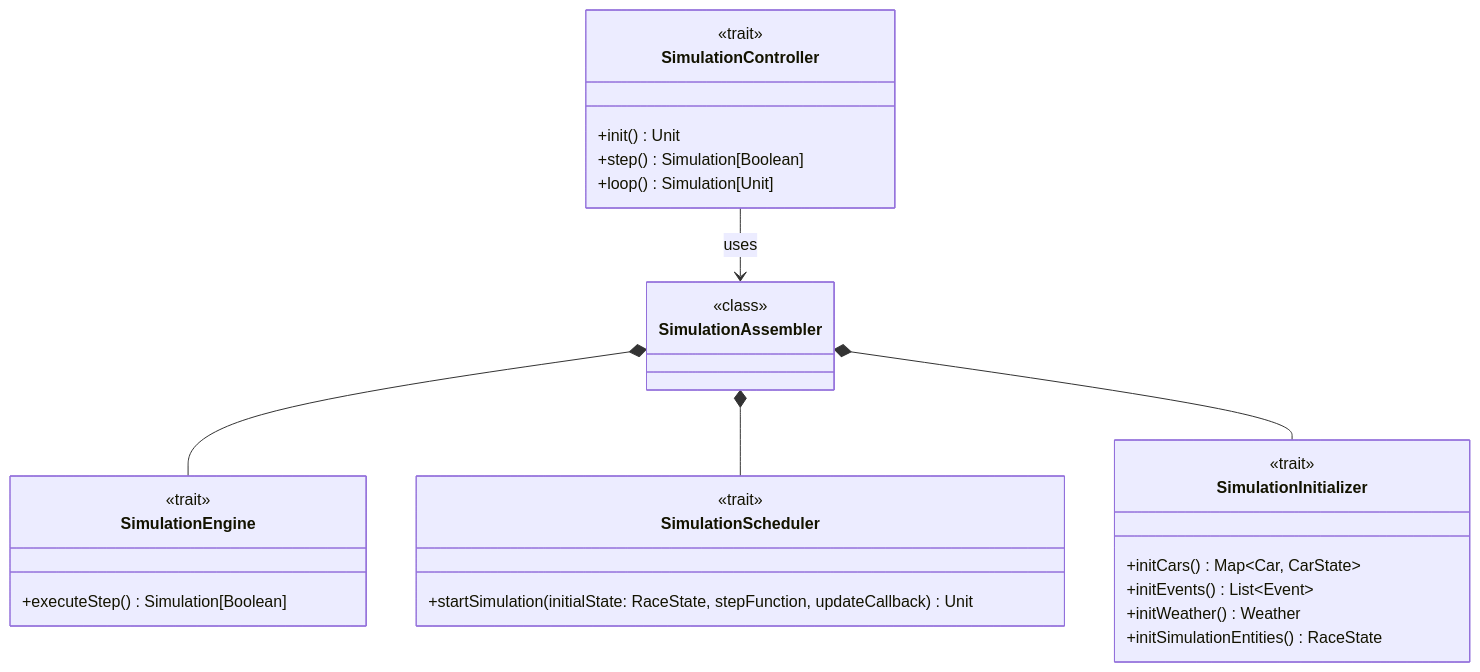
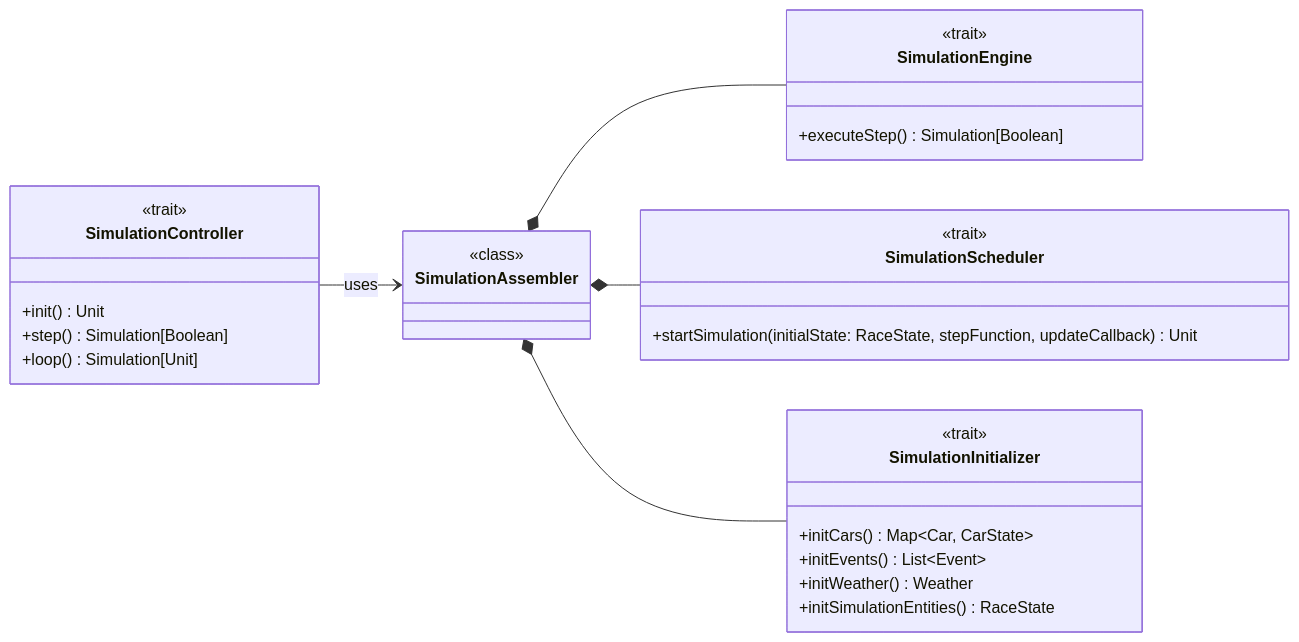
Before and after one commit to ItsTiz/PPS-24-sgp: the diagram in docs/report/4_detailed_design/controller/controller.md, drawn with Mermaid. The commit also changed 3 other files, not shown here.

````diff
--- a/docs/report/4_detailed_design/controller/controller.md
+++ b/docs/report/4_detailed_design/controller/controller.md
@@ -11,37 +11,38 @@
 ```mermaid
 classDiagram
+    direction LR
     class SimulationController {
         <<trait>>
         +init() Unit
         +step() Simulation[Boolean]
         +loop() Simulation[Unit]
     }
 
     class SimulationScheduler {
         <<trait>>
         +startSimulation(initialState: RaceState, stepFunction, updateCallback) Unit
     }
 
     class SimulationEngine {
         <<trait>>
         +executeStep() Simulation[Boolean]
     }
 
     class SimulationAssembler{
       <<class>>
     }
 
     class SimulationInitializer {
         <<trait>>
         +initCars() Map~Car, CarState~
         +initEvents() List~Event~
         +initWeather() Weather
         +initSimulationEntities() RaceState
     }
 
     SimulationController --> SimulationAssembler: uses
     SimulationAssembler *-- SimulationEngine
     SimulationAssembler *-- SimulationScheduler
     SimulationAssembler *-- SimulationInitializer
 
 ```
````
